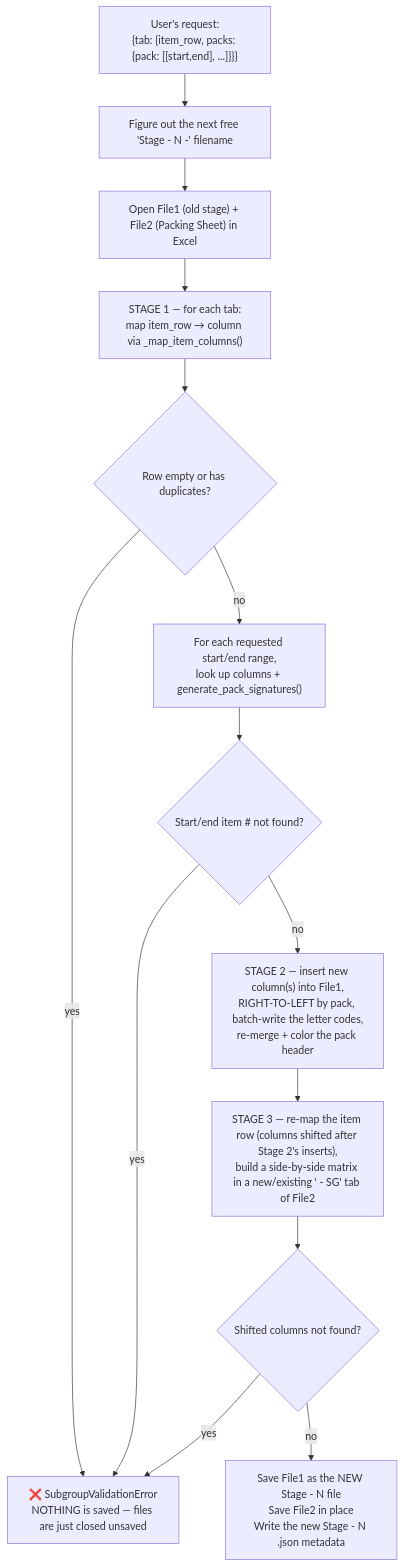
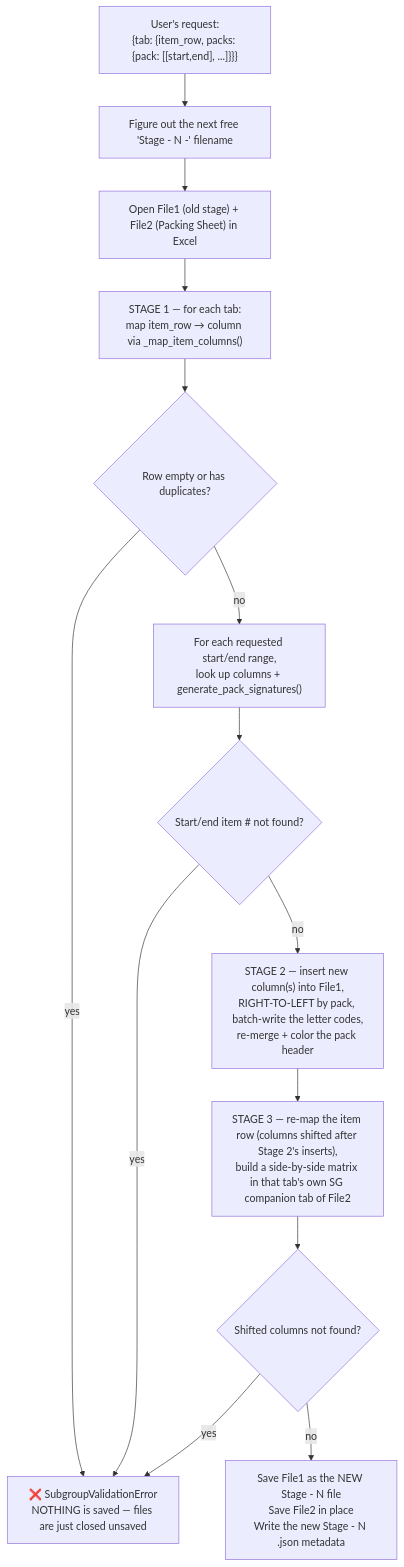
The tenth of 16 diagrams in CODE_GUIDE.md (nesubat/Warehouse_app), drawn with Mermaid before and after one commit. The commit also changed other lines of this file and 2 other files, not shown here.

````diff
--- a/CODE_GUIDE.md
+++ b/CODE_GUIDE.md
@@ -511,16 +512,16 @@
 ```mermaid
 flowchart TD
     A["User's request:\n{tab: {item_row, packs: {pack: [[start,end], ...]}}}"] --> B["Figure out the next free 'Stage - N -' filename"]
     B --> C["Open File1 (old stage) + File2 (Packing Sheet) in Excel"]
     C --> D["STAGE 1 — for each tab:\nmap item_row → column via _map_item_columns()"]
     D --> E{"Row empty or has duplicates?"}
     E -- yes --> Z["❌ SubgroupValidationError\nNOTHING is saved — files are just closed unsaved"]
     E -- no --> F["For each requested start/end range,\nlook up columns + generate_pack_signatures()"]
     F --> G{"Start/end item # not found?"}
     G -- yes --> Z
     G -- no --> H["STAGE 2 — insert new column(s) into File1,\nRIGHT-TO-LEFT by pack, batch-write the letter codes,\nre-merge + color the pack header"]
-    H --> I["STAGE 3 — re-map the item row (columns shifted after Stage 2's inserts),\nbuild a side-by-side matrix in a new/existing '<Tab> - SG' tab of File2"]
+    H --> I["STAGE 3 — re-map the item row (columns shifted after Stage 2's inserts),\nbuild a side-by-side matrix in that tab's own SG companion tab of File2"]
     I --> J{"Shifted columns not found?"}
     J -- yes --> Z
     J -- no --> K["Save File1 as the NEW Stage - N file\nSave File2 in place\nWrite the new Stage - N .json metadata"]
 ```
````
